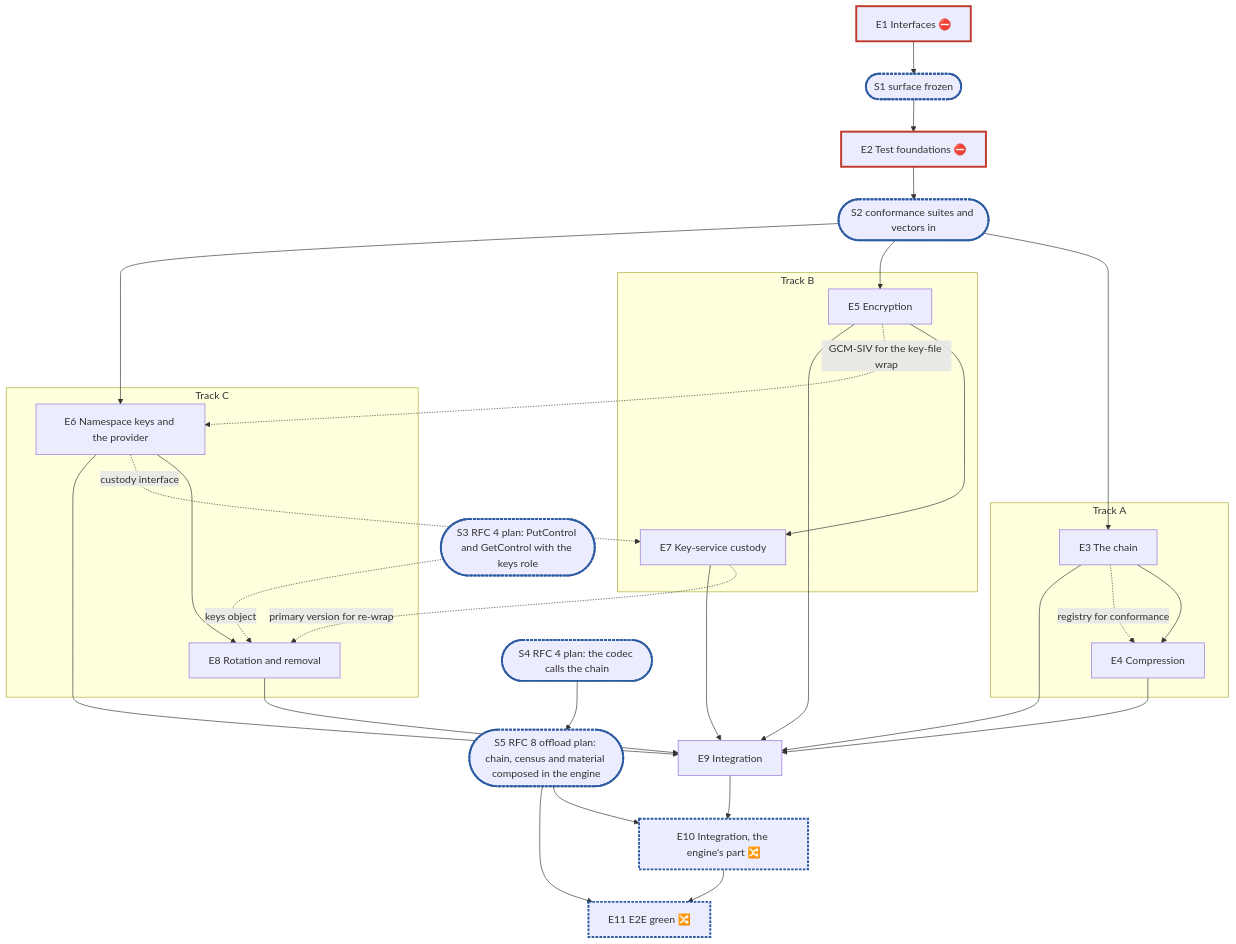
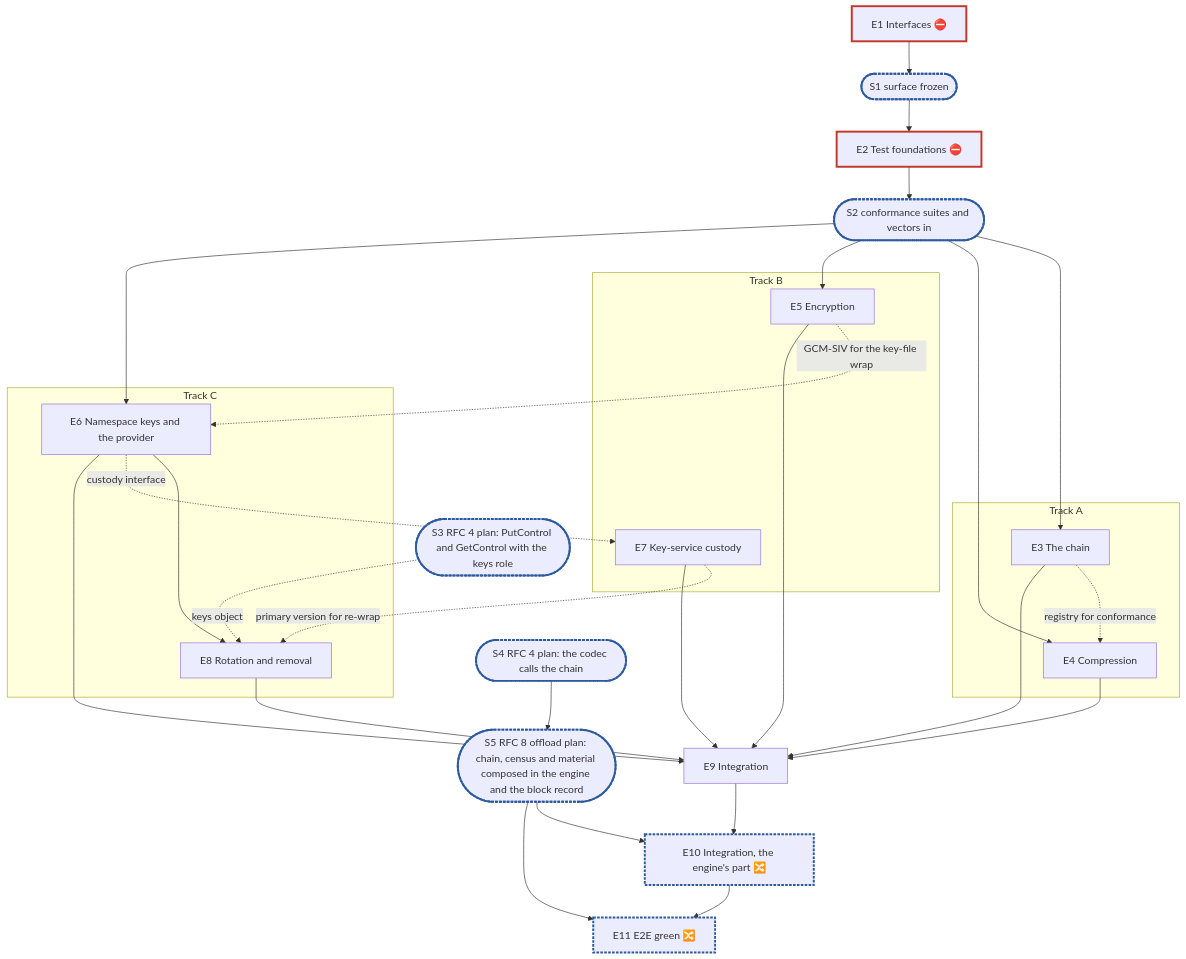
Before and after one commit to cubbit/dittofs: the diagram in .planning/rfc-5-transforms-plan.md, drawn with Mermaid. The commit also changed other lines of this file, not shown here.

Commit message:
docs(planning): RFC 5 transforms implementation plan

````diff
--- a/.planning/rfc-5-transforms-plan.md
+++ b/.planning/rfc-5-transforms-plan.md
@@ -281,27 +287,29 @@
 ```mermaid
 flowchart TD
   E1["E1 Interfaces ⛔"]:::blocker --> S1(["S1 surface frozen"]):::sync
   S1 --> E2["E2 Test foundations ⛔"]:::blocker --> S2(["S2 conformance suites and vectors in"]):::sync
   subgraph A["Track A"]
-    E3["E3 The chain"] --> E4["E4 Compression"]
+    E3["E3 The chain"]
+    E4["E4 Compression"]
   end
   subgraph B["Track B"]
-    E5["E5 Encryption"] --> E7["E7 Key-service custody"]
+    E5["E5 Encryption"]
+    E7["E7 Key-service custody"]
   end
   subgraph C["Track C"]
     E6["E6 Namespace keys and the provider"] --> E8["E8 Rotation and removal"]
   end
-  S2 --> E3 & E5 & E6
+  S2 --> E3 & E4 & E5 & E6
   E3 -. "registry for conformance" .-> E4
   E5 -. "GCM-SIV for the key-file wrap" .-> E6
   E6 -. "custody interface" .-> E7
   E7 -. "primary version for re-wrap" .-> E8
   S3(["S3 RFC 4 plan: PutControl and GetControl with the keys role"]):::sync -. "keys object" .-> E8
   E3 & E4 & E5 & E6 & E7 & E8 --> E9["E9 Integration"]
   S4(["S4 RFC 4 plan: the codec calls the chain"]):::sync --> S5
-  S5(["S5 RFC 8 offload plan: chain, census and material composed in the engine"]):::sync --> E10["E10 Integration, the engine's part 🔀"]:::sync
+  S5(["S5 RFC 8 offload plan: chain, census and material composed in the engine and the block record"]):::sync --> E10["E10 Integration, the engine's part 🔀"]:::sync
   E9 --> E10 --> E11["E11 E2E green 🔀"]:::sync
   S5 --> E11
   classDef blocker stroke:#c0392b,stroke-width:3px
   classDef sync stroke:#2c5aa0,stroke-width:3px,stroke-dasharray:4 2
 ```
````
